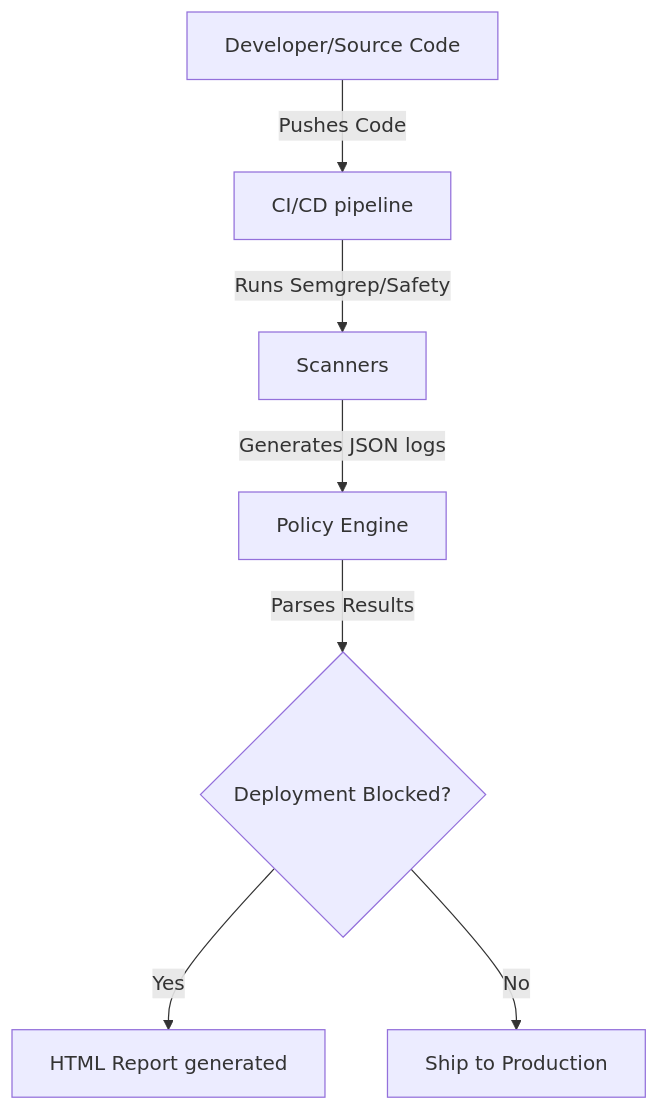
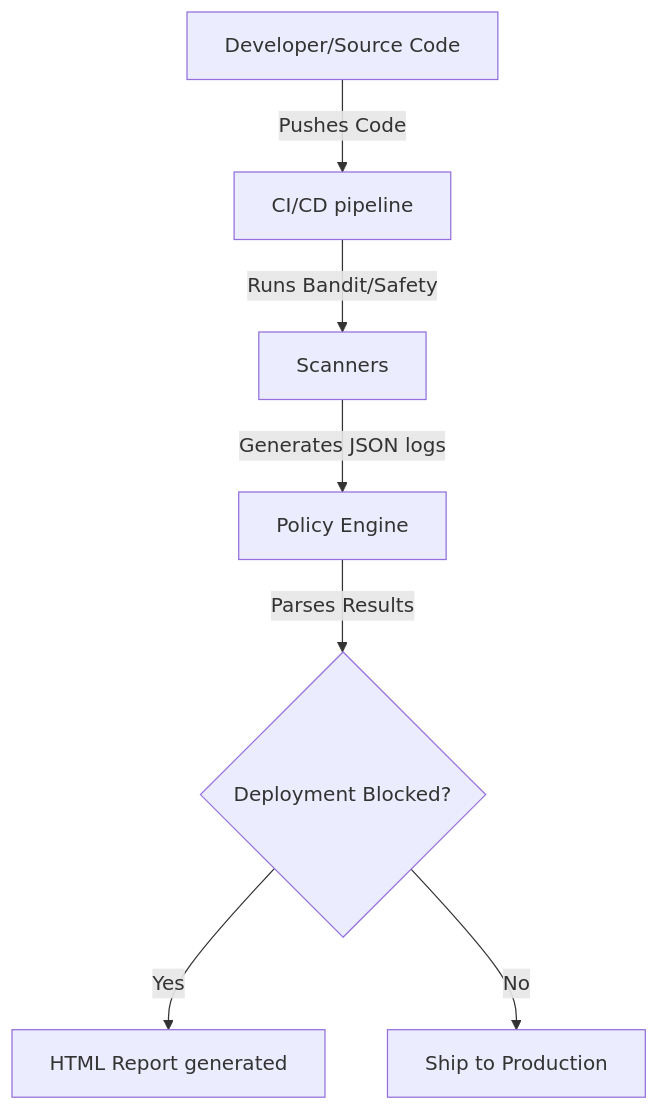
One commit to huslenine999/aegis changed the diagram in README.md. Above: the diagram before and after it, drawn with Mermaid. The commit also changed other lines of this file, not shown here.

Commit message:
Update README.md to remove semgrep references and reflect Bandit/Safety/Trivy pipeline

````diff
--- a/README.md
+++ b/README.md
@@ -20,9 +20,9 @@
 ```mermaid
 graph TD
     Dev[Developer/Source Code] -->|Pushes Code| CI[CI/CD pipeline]
-    CI -->|Runs Semgrep/Safety| Scan[Scanners]
+    CI -->|Runs Bandit/Safety| Scan[Scanners]
     Scan -->|Generates JSON logs| Engine[Policy Engine]
     Engine -->|Parses Results| Decision{Deployment Blocked?}
     Decision -->|Yes| Report[HTML Report generated]
     Decision -->|No| Deploy[Ship to Production]
 ```
````
